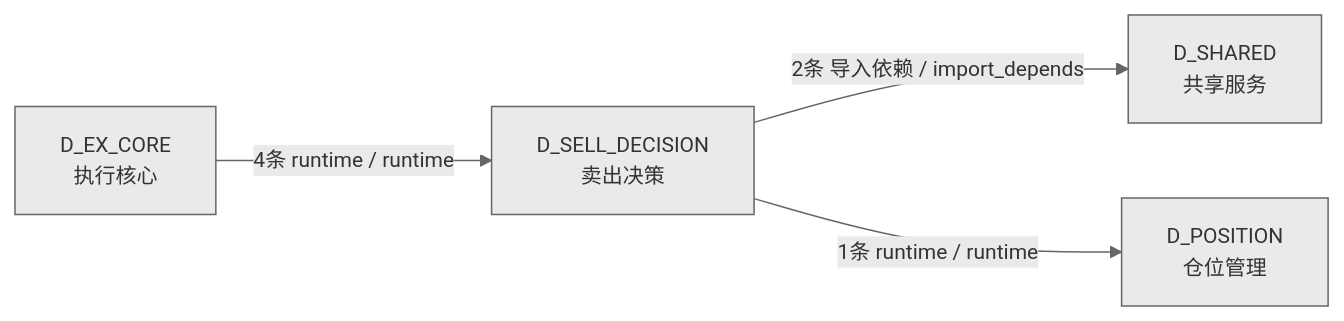
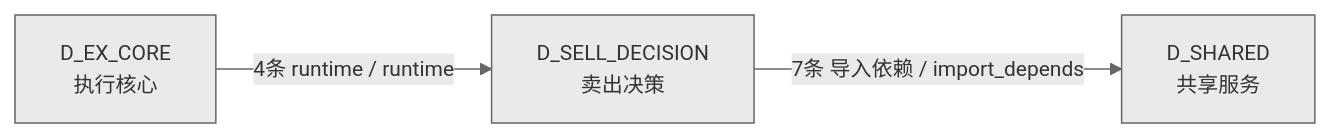
The fourth of 4 diagrams in docs/02_enterprise_architecture/02_domain_architecture_docs/67_d_sell_decision.md (xuanFelixVan/ZephyrAlpha), drawn with Mermaid before and after one commit. The commit also changed other lines of this file and 50 other files, not shown here.

````diff
--- a/docs/02_enterprise_architecture/02_domain_architecture_docs/67_d_sell_decision.md
+++ b/docs/02_enterprise_architecture/02_domain_architecture_docs/67_d_sell_decision.md
@@ -250,11 +255,9 @@
 ```mermaid
 %%{init: {'theme': 'base', 'themeVariables': {'primaryColor': '#eaeaea', 'primaryTextColor': '#333333', 'primaryBorderColor': '#666666', 'lineColor': '#666666', 'secondaryColor': '#eaeaea', 'tertiaryColor': '#eaeaea', 'fontSize': '14px'}}}%%
 graph LR
     D_SELL_DECISION["D_SELL_DECISION<br/>卖出决策"]
     D_SHARED["D_SHARED<br/>共享服务"]
-    D_POSITION["D_POSITION<br/>仓位管理"]
     D_EX_CORE["D_EX_CORE<br/>执行核心"]
-    D_SELL_DECISION -->|2条 导入依赖 / import_depends| D_SHARED
-    D_SELL_DECISION -->|1条 runtime / runtime| D_POSITION
+    D_SELL_DECISION -->|7条 导入依赖 / import_depends| D_SHARED
     D_EX_CORE -->|4条 runtime / runtime| D_SELL_DECISION
 ```
````
